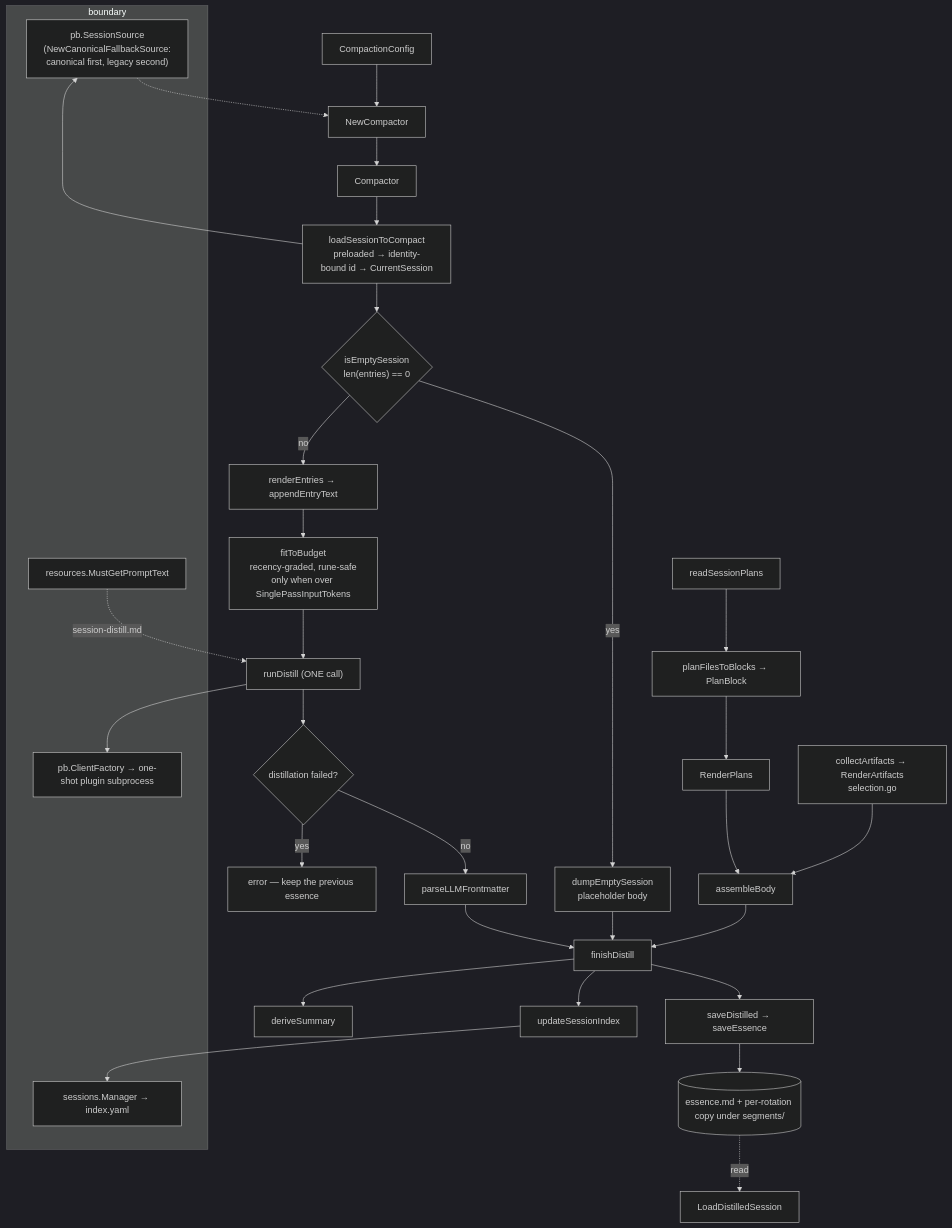
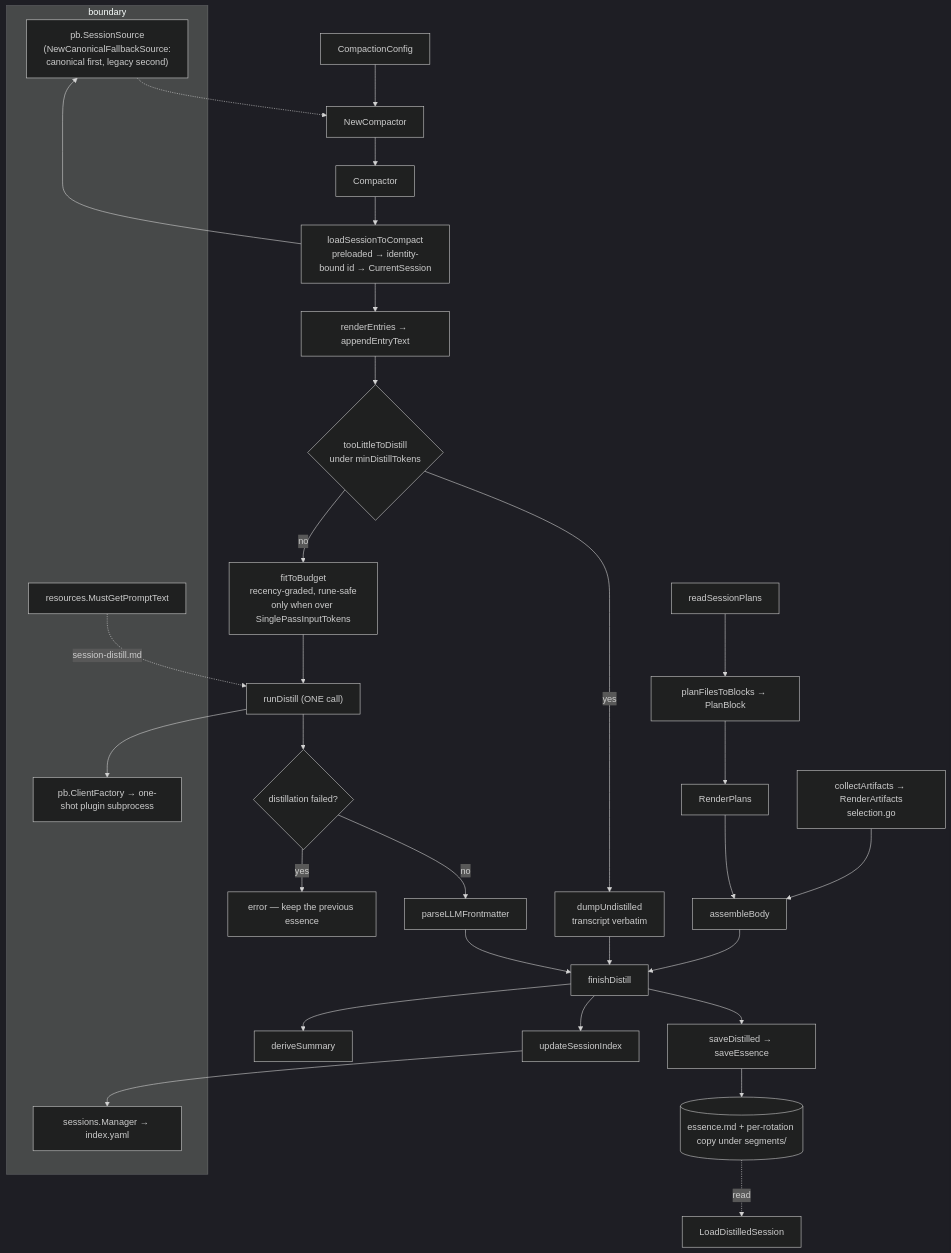
Before and after one commit to ctxloom/ctxloom: the diagram in docs/architecture/companions/memory.md, drawn with Mermaid (dark theme). The commit also changed other lines of this file and 6 other files, not shown here.

First line of the commit message:
memory: a transcript below the distillation floor is saved verbatim, never handed to the model

````diff
--- a/docs/architecture/companions/memory.md
+++ b/docs/architecture/companions/memory.md
@@ -28,41 +28,41 @@
 ```mermaid
 flowchart TD
   subgraph ext["boundary"]
     SRC["pb.SessionSource<br/>(NewCanonicalFallbackSource:<br/>canonical first, legacy second)"]
     LLM["pb.ClientFactory → one-shot plugin subprocess"]
     IDX["sessions.Manager → index.yaml"]
     RES["resources.MustGetPromptText"]
   end
 
   CFG["CompactionConfig"] --> NC["NewCompactor"]
   SRC -.-> NC
   NC --> C["Compactor"]
 
   C --> LS["loadSessionToCompact<br/>preloaded → identity-bound id → CurrentSession"]
   LS --> SRC
-  LS --> ES{"isEmptySession<br/>len(entries) == 0"}
+  LS --> S2T["renderEntries → appendEntryText"]
+  S2T --> ES{"tooLittleToDistill<br/>under minDistillTokens"}
 
-  ES -->|yes| DUMP["dumpEmptySession<br/>placeholder body"]
-  ES -->|no| S2T["renderEntries → appendEntryText"]
-  S2T --> FB["fitToBudget<br/>recency-graded, rune-safe<br/>only when over SinglePassInputTokens"]
+  ES -->|yes| DUMP["dumpUndistilled<br/>transcript verbatim"]
+  ES -->|no| FB["fitToBudget<br/>recency-graded, rune-safe<br/>only when over SinglePassInputTokens"]
   FB --> RD["runDistill (ONE call)"]
   RD --> LLM
   RES -.->|"session-distill.md"| RD
   RD --> ABORT{"distillation failed?"}
   ABORT -->|yes| ERR["error — keep the previous essence"]
   ABORT -->|no| PFM["parseLLMFrontmatter"]
 
   PLANS["readSessionPlans"] --> PB["planFilesToBlocks → PlanBlock"]
   PB --> RP["RenderPlans"] --> AB["assembleBody"]
   ART["collectArtifacts → RenderArtifacts<br/>selection.go"] --> AB
 
   PFM --> FIN["finishDistill"]
   DUMP --> FIN
   AB --> FIN
   FIN --> DS["deriveSummary"]
   FIN --> SD["saveDistilled → saveEssence"]
   FIN --> USI["updateSessionIndex"] --> IDX
 
   SD --> OUT[("essence.md + per-rotation copy under segments/")]
   OUT -.read.-> LOAD["LoadDistilledSession"]
 ```
````
